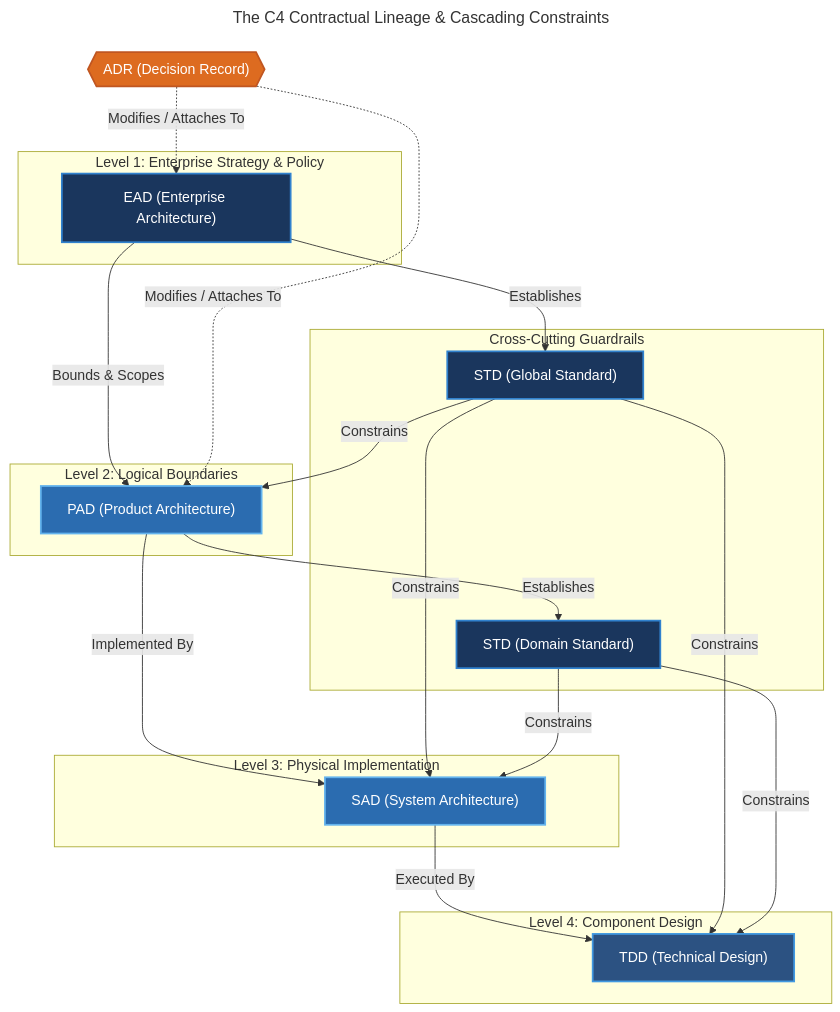
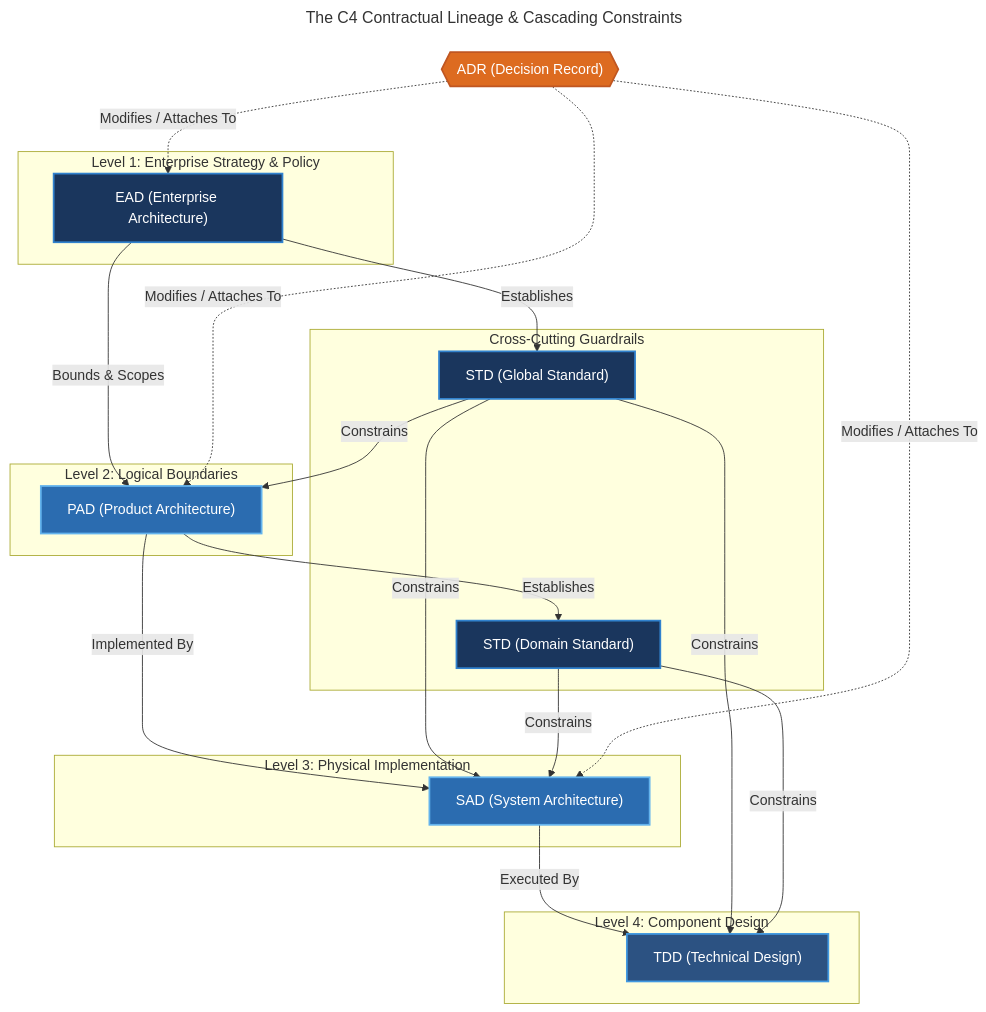
The third of 4 diagrams in governance/GDC-000-governance-policy.md (scnehaux/codex), drawn with Mermaid before and after one commit. The commit also changed other lines of this file and 4 other files, not shown here.

````diff
--- a/governance/GDC-000-governance-policy.md
+++ b/governance/GDC-000-governance-policy.md
@@ -238,53 +239,54 @@
 ```mermaid
 ---
 title: The C4 Contractual Lineage & Cascading Constraints
 ---
 graph TD
 
     subgraph Supreme ["Level 1: Enterprise Strategy & Policy"]
         EAD["EAD (Enterprise Architecture)"]
     end
 
     subgraph Guardrails ["Cross-Cutting Guardrails"]
         STD_G["STD (Global Standard)"]
         STD_D["STD (Domain Standard)"]
     end
 
     subgraph Domain ["Level 2: Logical Boundaries"]
         PAD["PAD (Product Architecture)"]
     end
 
     subgraph System ["Level 3: Physical Implementation"]
         SAD["SAD (System Architecture)"]
     end
 
     subgraph Execution ["Level 4: Component Design"]
         TDD["TDD (Technical Design)"]
     end
 
     ADR{{"ADR (Decision Record)"}}
 
     EAD -->|Establishes| STD_G
     PAD -->|Establishes| STD_D
 
     EAD -->|Bounds & Scopes| PAD
     PAD -->|Implemented By| SAD
     SAD -->|Executed By| TDD
 
     STD_G -->|Constrains| PAD
     STD_G -->|Constrains| SAD
     STD_G -->|Constrains| TDD
     STD_D -->|Constrains| SAD
     STD_D -->|Constrains| TDD
 
     ADR -.->|Modifies / Attaches To| EAD
     ADR -.->|Modifies / Attaches To| PAD
+    ADR -.->|Modifies / Attaches To| SAD
 
     style ADR fill:#dd6b20,stroke:#c05621,stroke-width:2px,color:#fff
     style EAD fill:#1a365d,stroke:#3182ce,stroke-width:2px,color:#fff
     style STD_G fill:#1a365d,stroke:#3182ce,stroke-width:2px,color:#fff
     style STD_D fill:#1a365d,stroke:#3182ce,stroke-width:2px,color:#fff
     style PAD fill:#2b6cb0,stroke:#63b3ed,stroke-width:2px,color:#fff
     style SAD fill:#2b6cb0,stroke:#63b3ed,stroke-width:2px,color:#fff
     style TDD fill:#2c5282,stroke:#4299e1,stroke-width:2px,color:#fff
 ```
````
